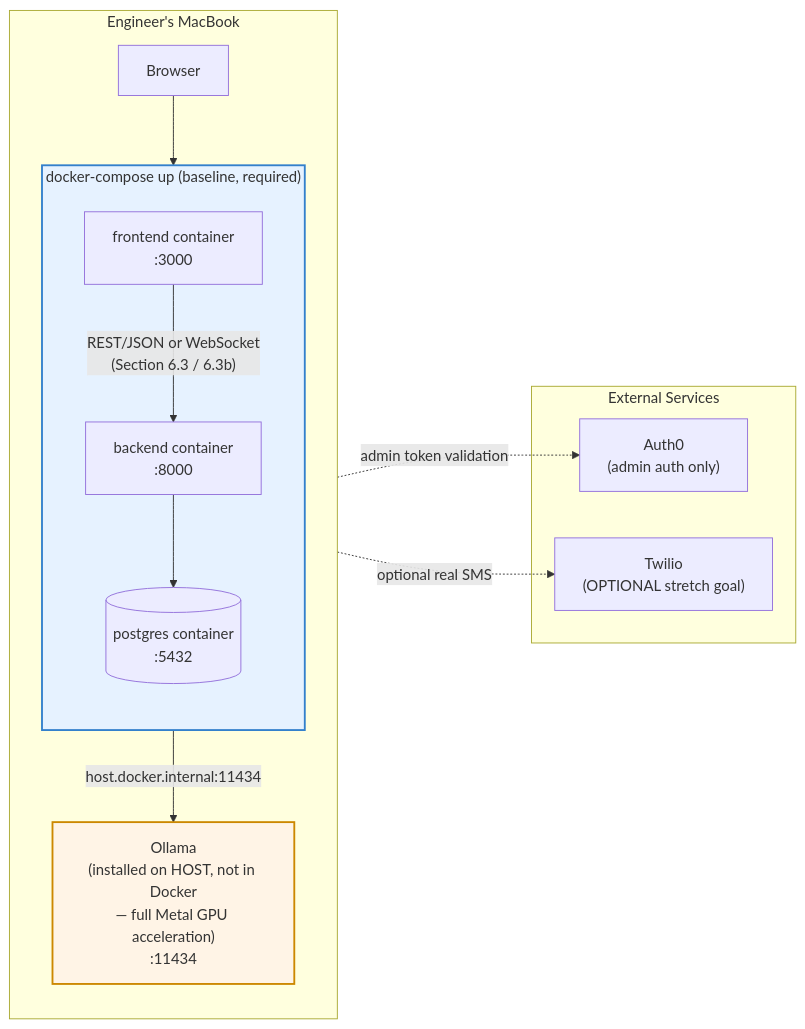
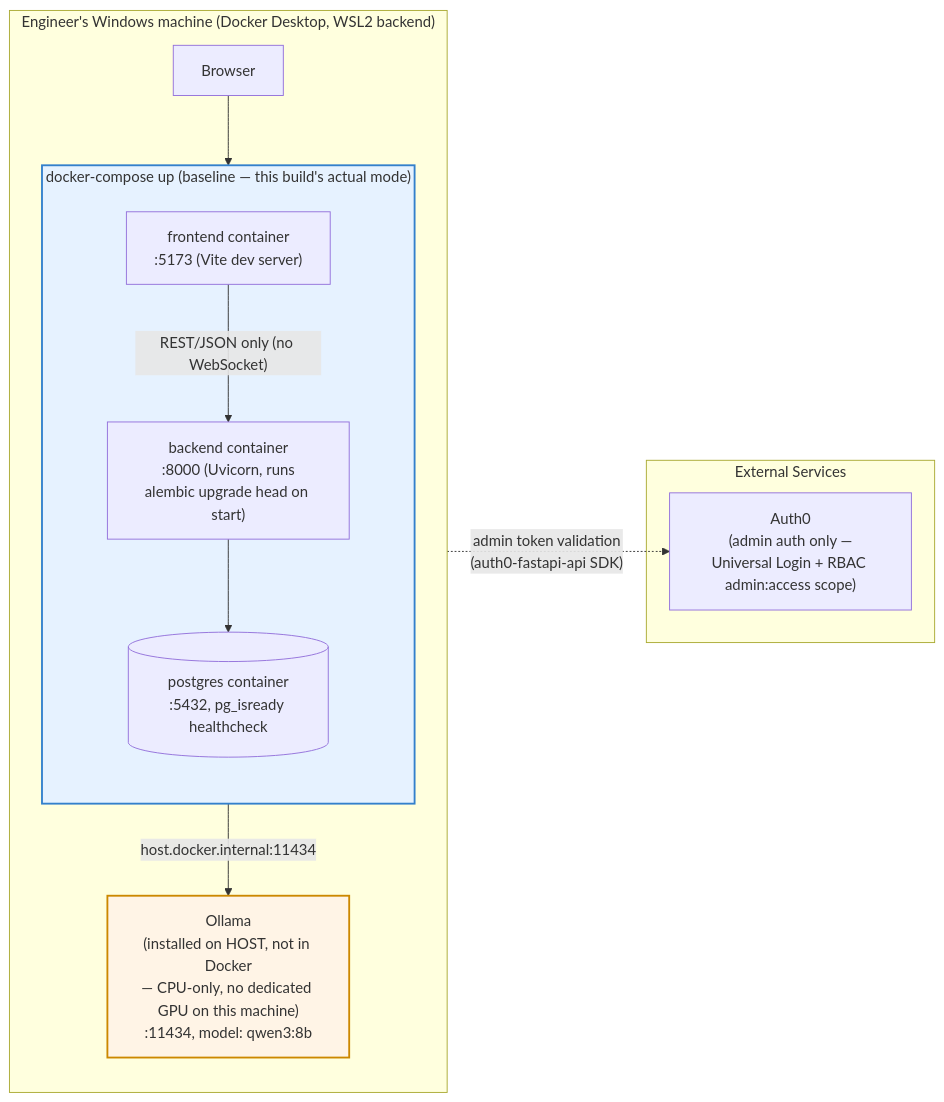
Before and after one commit to ZemaKing/secure-ship-ai: the first of 2 diagrams in docs/diagrams/6.5-deployment-topology.md, drawn with Mermaid. The commit also changed other lines of this file and 7 other files, not shown here.

Commit message:
Regenerate Section 6 diagrams against actual Week 1-4 implementation, fixing drift from the REQUIREMENTS.md starting reference

````diff
--- a/docs/diagrams/6.5-deployment-topology.md
+++ b/docs/diagrams/6.5-deployment-topology.md
@@ -5,31 +5,29 @@
 ```mermaid
 flowchart LR
-    subgraph DevMachine["Engineer's MacBook"]
+    subgraph DevMachine["Engineer's Windows machine (Docker Desktop, WSL2 backend)"]
         direction TB
 
-        subgraph Compose["docker-compose up (baseline, required)"]
+        subgraph Compose["docker-compose up (baseline — this build's actual mode)"]
             direction TB
-            ReactC["frontend container<br/>:3000"]
-            PyC["backend container<br/>:8000"]
-            PgC[("postgres container<br/>:5432")]
+            ReactC["frontend container<br/>:5173 (Vite dev server)"]
+            PyC["backend container<br/>:8000 (Uvicorn, runs<br/>alembic upgrade head on start)"]
+            PgC[("postgres container<br/>:5432, pg_isready healthcheck")]
         end
 
         Browser[Browser]
-        OllamaHost["Ollama<br/>(installed on HOST, not in Docker<br/>— full Metal GPU acceleration)<br/>:11434"]
+        OllamaHost["Ollama<br/>(installed on HOST, not in Docker<br/>— CPU-only, no dedicated GPU on this machine)<br/>:11434, model: qwen3:8b"]
     end
 
     subgraph Cloud["External Services"]
-        AuthProvider["Auth0<br/>(admin auth only)"]
-        TwilioOpt["Twilio<br/>(OPTIONAL stretch goal)"]
+        AuthProvider["Auth0<br/>(admin auth only —<br/>Universal Login + RBAC admin:access scope)"]
     end
 
     Browser --> ReactC
-    ReactC -->|"REST/JSON or WebSocket<br/>(Section 6.3 / 6.3b)"| PyC
+    ReactC -->|"REST/JSON only (no WebSocket)"| PyC
     PyC -->|"host.docker.internal:11434"| OllamaHost
     PyC --> PgC
-    PyC -.->|"admin token validation"| AuthProvider
-    PyC -.->|"optional real SMS"| TwilioOpt
+    PyC -.->|"admin token validation<br/>(auth0-fastapi-api SDK)"| AuthProvider
 
     style Compose fill:#e6f2ff,stroke:#3380cc,stroke-width:2px
     style OllamaHost fill:#fff4e6,stroke:#cc8800,stroke-width:2px
 ```
````
